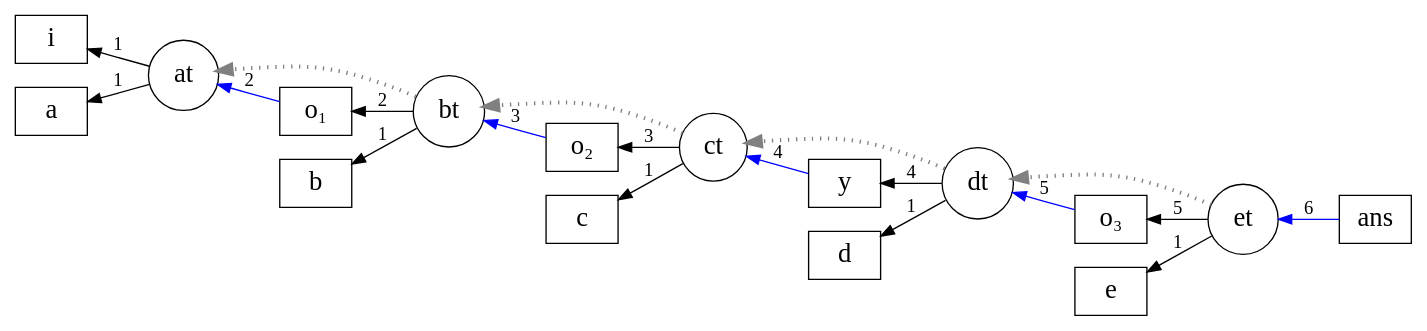
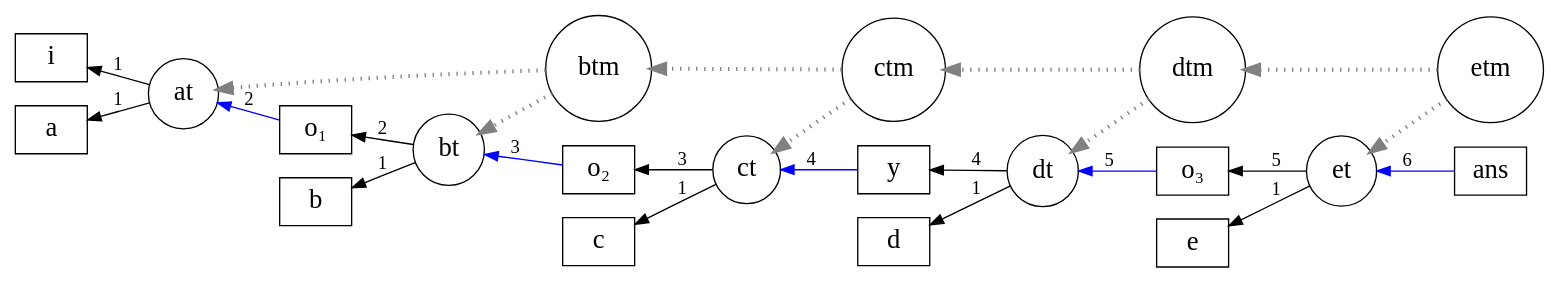
One commit to Mathnerd314/stroscot changed the third of 3 diagrams in docs/BuildSystem.rst. Above: the diagram before and after it, drawn with Graphviz. The commit also changed other lines of this file and 10 other files, not shown here.

```diff
--- a/docs/BuildSystem.rst
+++ b/docs/BuildSystem.rst
@@ -807,30 +315,35 @@
 .. graphviz::
 
     digraph multi {
         rankdir=RL
         node [shape="rect",fontsize=20]
-        at, bt, ct, dt, et [shape="circle"]
+        at, bt, ct, dt, et, btm, ctm, dtm, etm [shape="circle"]
         o1 [label="o₁",margin="0,0"];
         o2 [label="o₂",margin="0,0"];
         o3 [label="o₃",margin="0,0"];
 
-        et -> dt [style=dotted, color=grey,penwidth=3]
-        dt -> ct [style=dotted, color=grey,penwidth=3]
-        ct -> bt [style=dotted, color=grey,penwidth=3]
-        bt -> at [style=dotted, color=grey,penwidth=3]
+        etm -> dtm [style=dotted, color=grey,penwidth=3]
+        dtm -> ctm [style=dotted, color=grey,penwidth=3]
+        ctm -> btm [style=dotted, color=grey,penwidth=3]
+        btm -> at [style=dotted, color=grey,penwidth=3]
+        etm -> et [style=dotted, color=grey,penwidth=3]
+        dtm -> dt [style=dotted, color=grey,penwidth=3]
+        ctm -> ct [style=dotted, color=grey,penwidth=3]
+        btm -> bt [style=dotted, color=grey,penwidth=3]
+
         at -> i [label="1"]
         at -> a [label="1"]
         o1 -> at [label="2",color=blue]
         bt -> o1 [label="2"]
         bt -> b [label="1"]
         o2 -> bt [label="3",color=blue]
         ct -> o2 [label="3"]
         ct -> c [label="1"]
         y -> ct [label="4",color=blue]
         dt -> y [label="4"]
         dt -> d [label="1"]
         o3 -> dt [label="5",color=blue]
         et -> o3 [label="5"]
         et -> e [label="1"]
         ans -> et [label="6",color=blue]
     }
```
